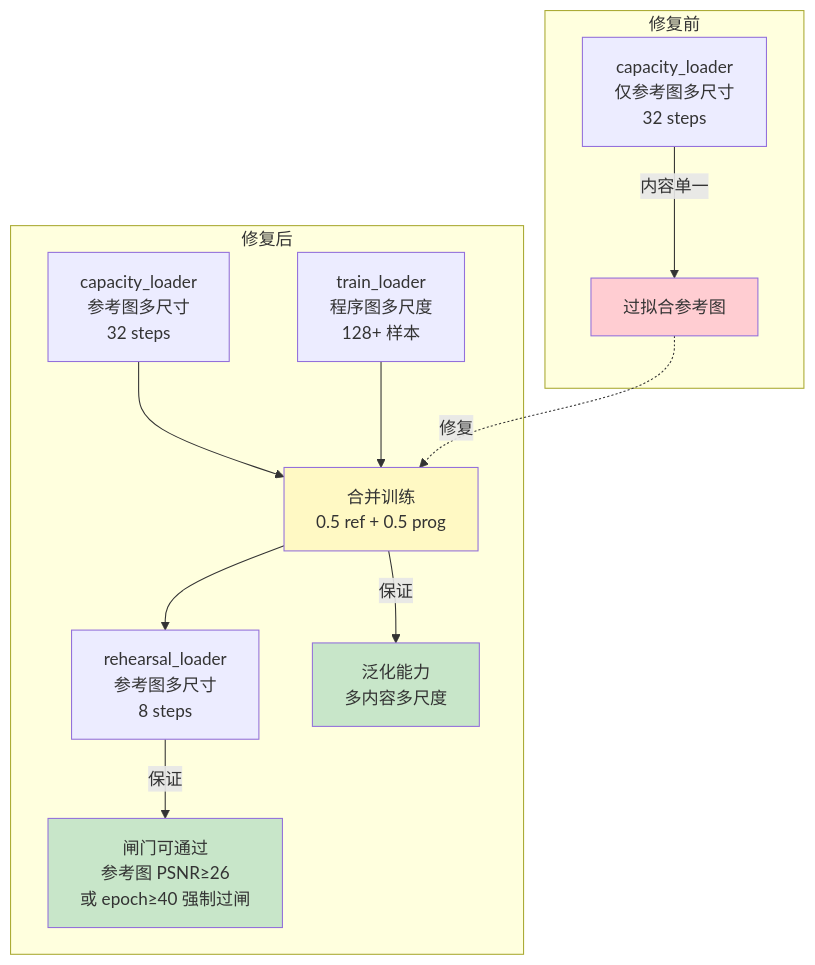
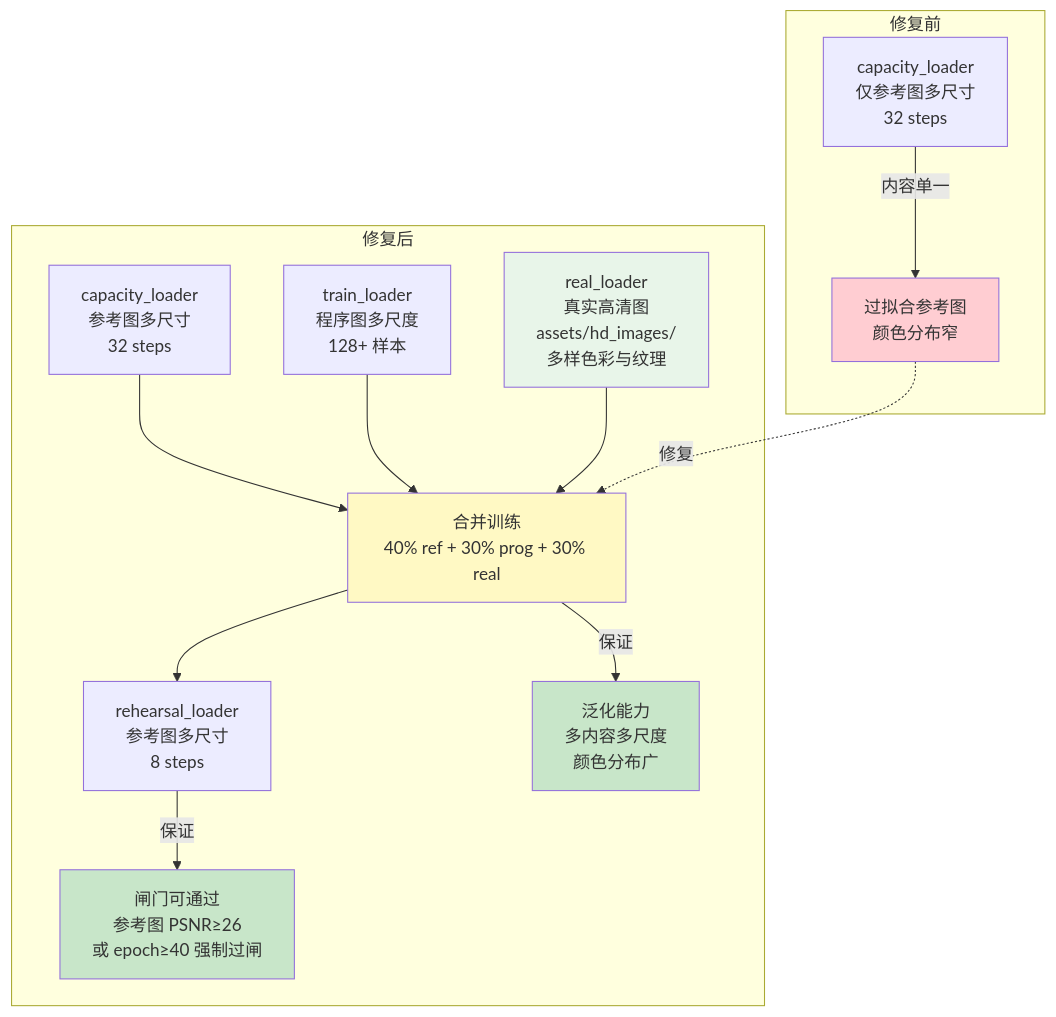
Before and after one commit to novvoo/kakeya-vae: diagram 16 of 22 in docs/architecture.md, drawn with Mermaid. The commit also changed other lines of this file and 1 other file, not shown here.

````diff
--- a/docs/architecture.md
+++ b/docs/architecture.md
@@ -852,26 +850,29 @@
 ```mermaid
 graph TD
     subgraph 修复前
         OLD_CAP[capacity_loader<br/>仅参考图多尺寸<br/>32 steps]
-        OLD_CAP -->|内容单一| OVERFIT[过拟合参考图]
+        OLD_CAP -->|内容单一| OVERFIT[过拟合参考图<br/>颜色分布窄]
     end
 
     subgraph 修复后
         NEW_CAP_REF[capacity_loader<br/>参考图多尺寸<br/>32 steps]
         NEW_CAP_PROG[train_loader<br/>程序图多尺度<br/>128+ 样本]
+        NEW_CAP_REAL[real_loader<br/>真实高清图<br/>assets/hd_images/<br/>多样色彩与纹理]
         NEW_REH[rehearsal_loader<br/>参考图多尺寸<br/>8 steps]
 
-        NEW_CAP_REF --> MERGE[合并训练<br/>0.5 ref + 0.5 prog]
+        NEW_CAP_REF --> MERGE[合并训练<br/>40% ref + 30% prog + 30% real]
         NEW_CAP_PROG --> MERGE
+        NEW_CAP_REAL --> MERGE
         MERGE --> NEW_REH
         NEW_REH -->|保证| GATE[闸门可通过<br/>参考图 PSNR≥26<br/>或 epoch≥40 强制过闸]
-        MERGE -->|保证| GEN[泛化能力<br/>多内容多尺度]
+        MERGE -->|保证| GEN[泛化能力<br/>多内容多尺度<br/>颜色分布广]
     end
 
     OVERFIT -.->|修复| MERGE
 
     style OVERFIT fill:#ffcdd2
     style GATE fill:#c8e6c9
     style GEN fill:#c8e6c9
     style MERGE fill:#fff9c4
+    style NEW_CAP_REAL fill:#e8f5e9
 ```
````
